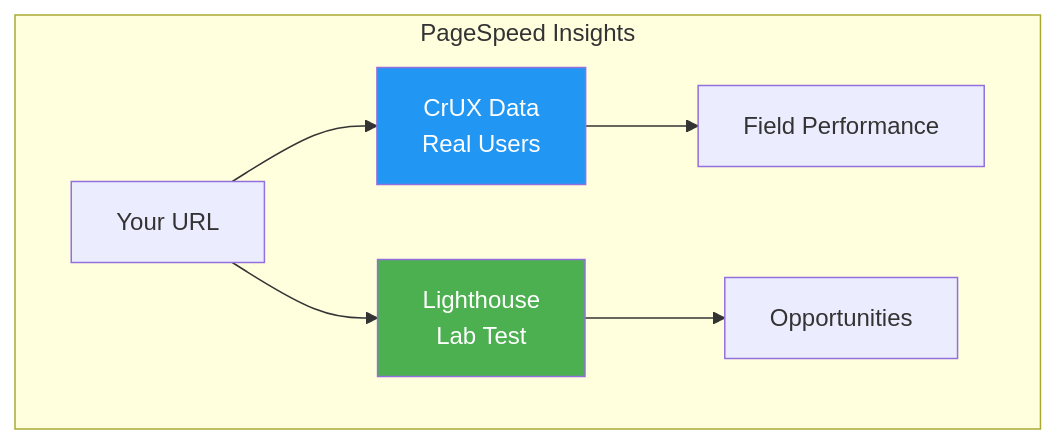
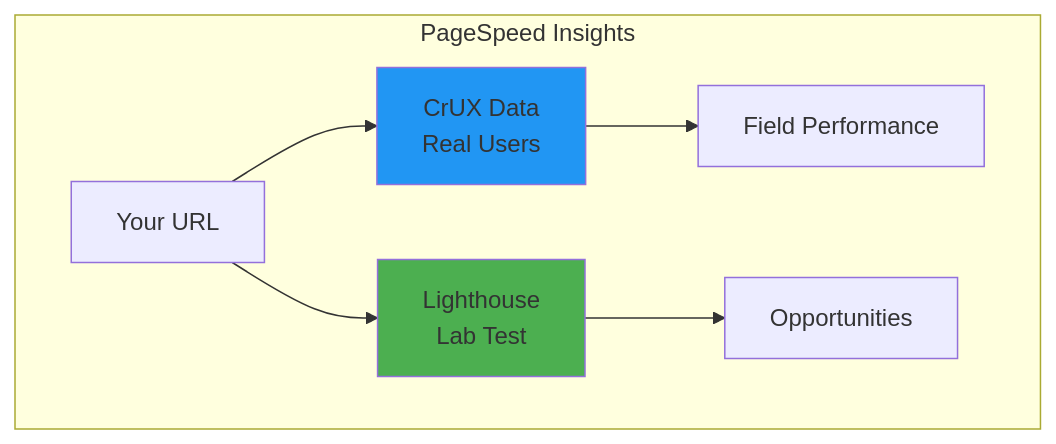
One commit to Anuhyaaa/web-optimization changed the ninth of 35 diagrams in readme.md. Above: the diagram before and after it, drawn with Mermaid. The commit also changed other lines of this file and 1 other file, not shown here.

Commit message:
Fix Mermaid diagram text visibility by removing invalid color:white syntax

````diff
--- a/readme.md
+++ b/readme.md
@@ -688,12 +688,12 @@
 ```mermaid
 graph TB
     subgraph PageSpeed Insights
         A[Your URL] --> B[CrUX Data<br/>Real Users]
         A --> C[Lighthouse<br/>Lab Test]
         B --> D[Field Performance]
         C --> E[Opportunities]
     end
     
-    style B fill:#2196F3,color:white
-    style C fill:#4CAF50,color:white
+    style B fill:#2196F3
+    style C fill:#4CAF50
 ```
````
